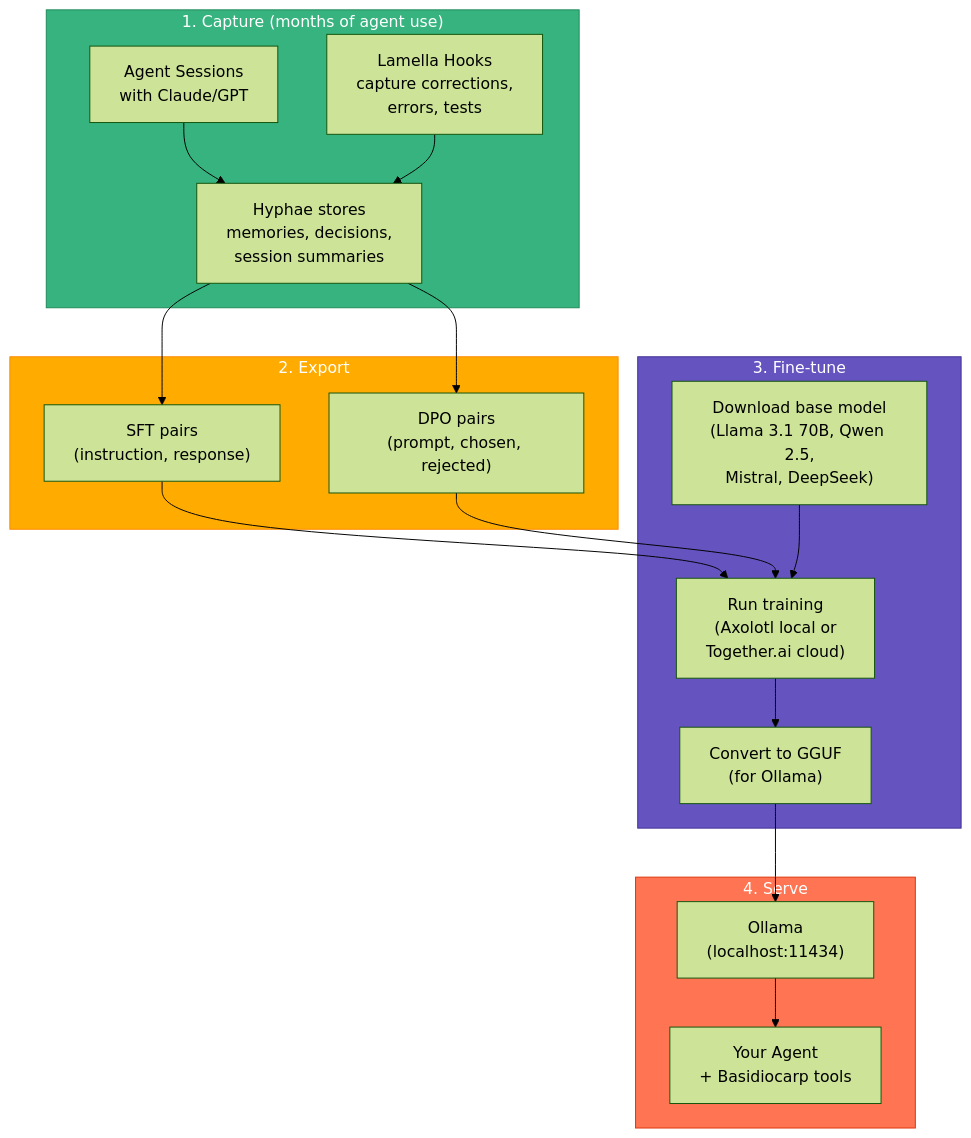
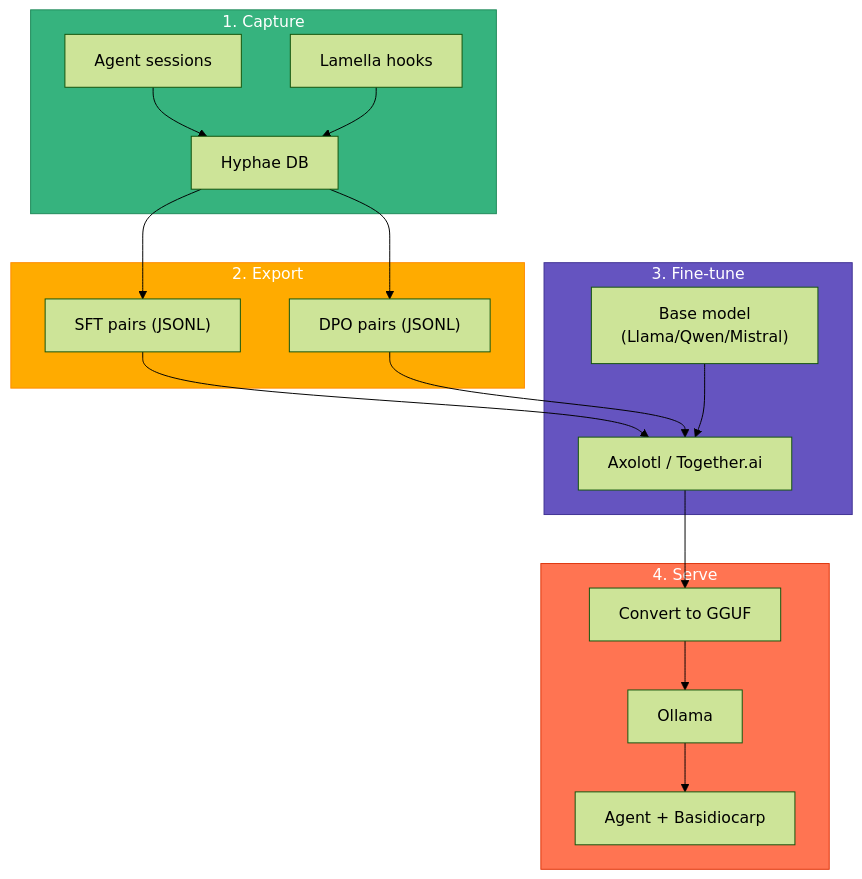
One commit to basidiocarp/.github changed the seventh of 7 diagrams in docs/AI-CONCEPTS.md. Above: the diagram before and after it, drawn with Mermaid (forest theme). The commit also changed other lines of this file, not shown here.

Commit message:
docs: clarify ML fundamentals, learning paradigms across training stages, DPO definition

````diff
--- a/docs/AI-CONCEPTS.md
+++ b/docs/AI-CONCEPTS.md
@@ -294,40 +340,30 @@
 ```mermaid
 flowchart TD
-    subgraph Capture["1. Capture (months of agent use)"]
-        Sessions["Agent Sessions<br/>with Claude/GPT"]
-        Lamella["Lamella Hooks<br/>capture corrections,<br/>errors, tests"]
-        Hyphae["Hyphae stores<br/>memories, decisions,<br/>session summaries"]
+    subgraph Capture["1. Capture"]
+        Sessions["Agent sessions"] --> Hyphae["Hyphae DB"]
+        Lamella["Lamella hooks"] --> Hyphae
     end
 
     subgraph Export["2. Export"]
-        SFT["SFT pairs<br/>(instruction, response)"]
-        DPO["DPO pairs<br/>(prompt, chosen, rejected)"]
+        Hyphae --> SFT["SFT pairs (JSONL)"]
+        Hyphae --> DPOData["DPO pairs (JSONL)"]
     end
 
     subgraph Train["3. Fine-tune"]
-        Base["Download base model<br/>(Llama 3.1 70B, Qwen 2.5,<br/>Mistral, DeepSeek)"]
-        Platform["Run training<br/>(Axolotl local or<br/>Together.ai cloud)"]
-        GGUF["Convert to GGUF<br/>(for Ollama)"]
+        Base["Base model<br/>(Llama/Qwen/Mistral)"]
+        SFT --> Platform["Axolotl / Together.ai"]
+        DPOData --> Platform
+        Base --> Platform
     end
 
     subgraph Serve["4. Serve"]
-        Ollama["Ollama<br/>(localhost:11434)"]
-        Agent["Your Agent<br/>+ Basidiocarp tools"]
+        Platform --> GGUF["Convert to GGUF"]
+        GGUF --> Ollama["Ollama"]
+        Ollama --> Agent["Agent + Basidiocarp"]
     end
-
-    Sessions --> Hyphae
-    Lamella --> Hyphae
-    Hyphae --> SFT
-    Hyphae --> DPO
-    SFT --> Platform
-    DPO --> Platform
-    Base --> Platform
-    Platform --> GGUF
-    GGUF --> Ollama
-    Ollama --> Agent
 
     style Capture fill:#36b37e,stroke:#1f8a5a,color:#fff
     style Export fill:#ffab00,stroke:#ff8b00,color:#fff
     style Train fill:#6554c0,stroke:#403294,color:#fff
     style Serve fill:#ff7452,stroke:#de350b,color:#fff
 ```
````
